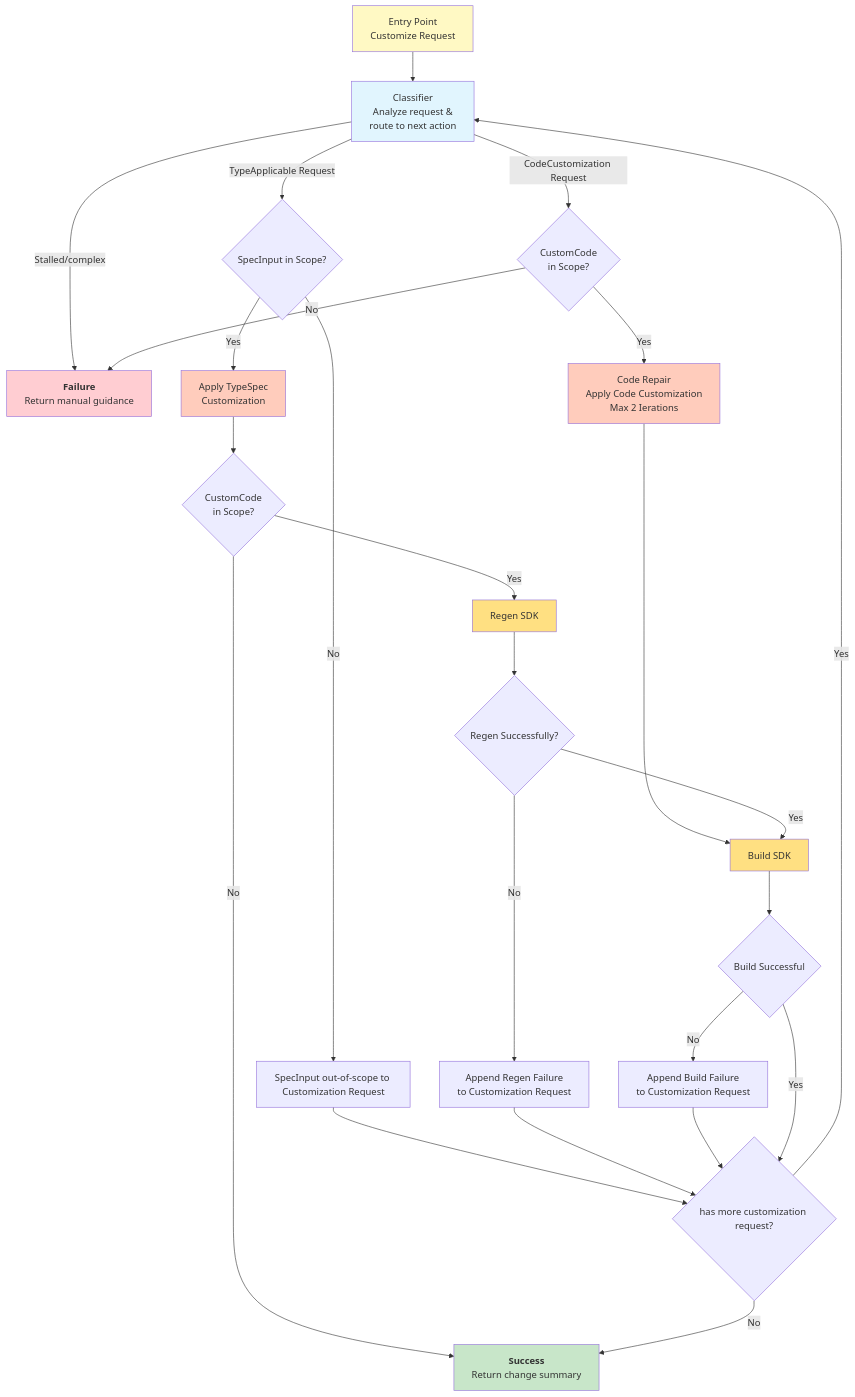
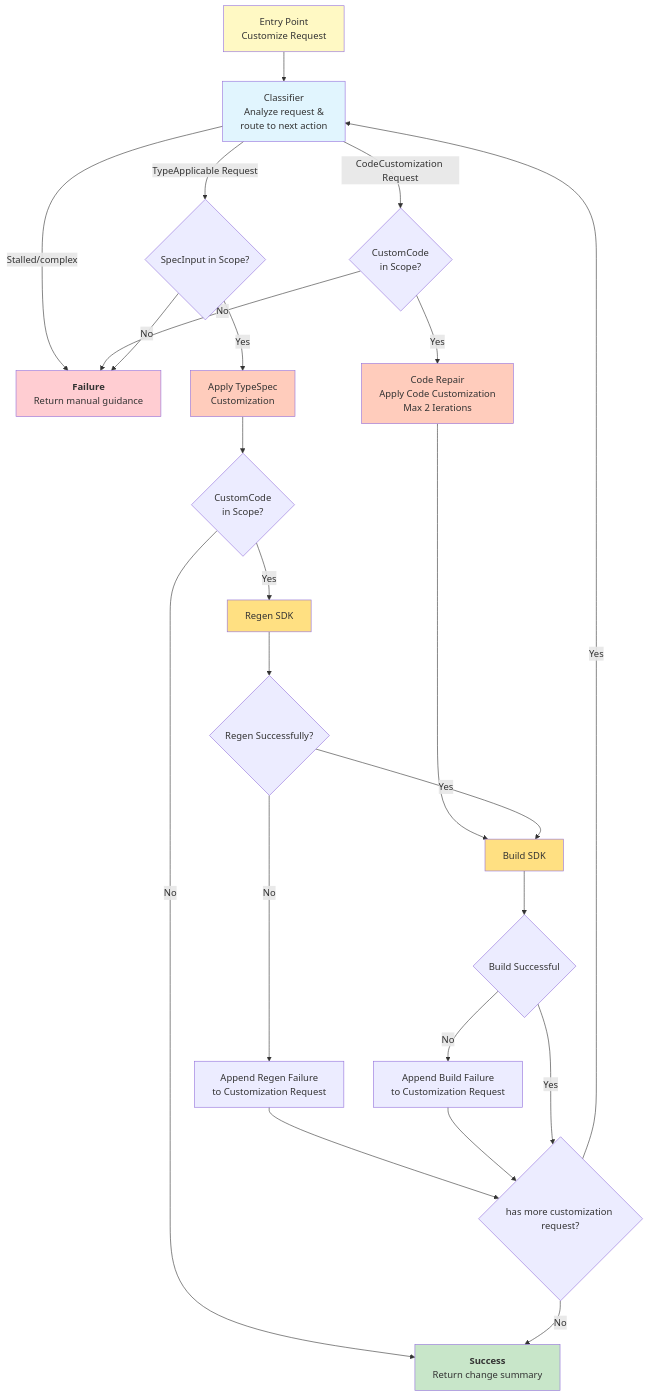
One commit to Azure/azure-sdk-tools changed the diagram in tools/azsdk-cli/docs/specs/3-customizing-client-tsp.spec.md. Above: the diagram before and after it, drawn with Mermaid. The commit also changed 1 other file, not shown here.

Commit message:
update the spec

````diff
--- a/tools/azsdk-cli/docs/specs/3-customizing-client-tsp.spec.md
+++ b/tools/azsdk-cli/docs/specs/3-customizing-client-tsp.spec.md
@@ -190,45 +190,44 @@
 ```mermaid
 flowchart TD
 
 Entry["Entry Point<br/>Customize Request"] --> Classify["Classifier<br/>Analyze request &<br/>route to next action"]
 
 Classify -- Stalled/complex --> Failure
 Classify -- TypeApplicable Request --> SpecInputInScope{SpecInput in Scope?}
 Classify -- CodeCustomization Request --> CustomCodeInSope
 CustomCodeInSope --Yes --> CodeCustomization["Code Repair<br/>Apply Code Customization</br>Max 2 Ierations"]
 CustomCodeInSope --No --> Failure
 
 CodeCustomization --> Build
-SpecInputInScope -- No --> AppendSpecInputOutofScope["SpecInput out-of-scope to Customization Request"]
-AppendSpecInputOutofScope --> M
+SpecInputInScope -- No --> Failure
 SpecInputInScope -- Yes --> ApplyTypespecCustomization["Apply TypeSpec<br/>Customization"]
 ApplyTypespecCustomization --> CustomCodeInSopeForSpec
 CustomCodeInSopeForSpec -- No --> Success
 CustomCodeInSopeForSpec -- Yes --> Regen[Regen SDK]
 Regen --> RegenOK{Regen Successfully?}
 RegenOK -- Yes --> Build[Build SDK]
 RegenOK -- No --> AppendRegenFailure["Append Regen Failure<br/>to Customization Request"]
 AppendRegenFailure --> M{has more customization request?}
 Build --> BuildOK{Build Successful}
 BuildOK -- No --> AppendBuildFailure["Append Build Failure<br/>to Customization Request"]
 AppendBuildFailure --> M
 BuildOK -- Yes --> M
 M -- No --> Success
 M -- Yes --> Classify
 
 
 Success[<b>Success</b><br/>Return change summary]
 Failure[<b>Failure</b><br/>Return manual guidance]
 CustomCodeInSope{CustomCode<br/>in Scope?}
 CustomCodeInSopeForSpec{CustomCode<br/>in Scope?}
 
 style Entry fill:#fff9c4
 style Classify fill:#e1f5fe
 style Success fill:#c8e6c9
 style Failure fill:#ffcdd2
 style CodeCustomization fill:#ffccbc
 style ApplyTypespecCustomization fill:#ffccbc
 style Regen fill:#ffe082
 style Build fill:#ffe082
 
 ```
````
